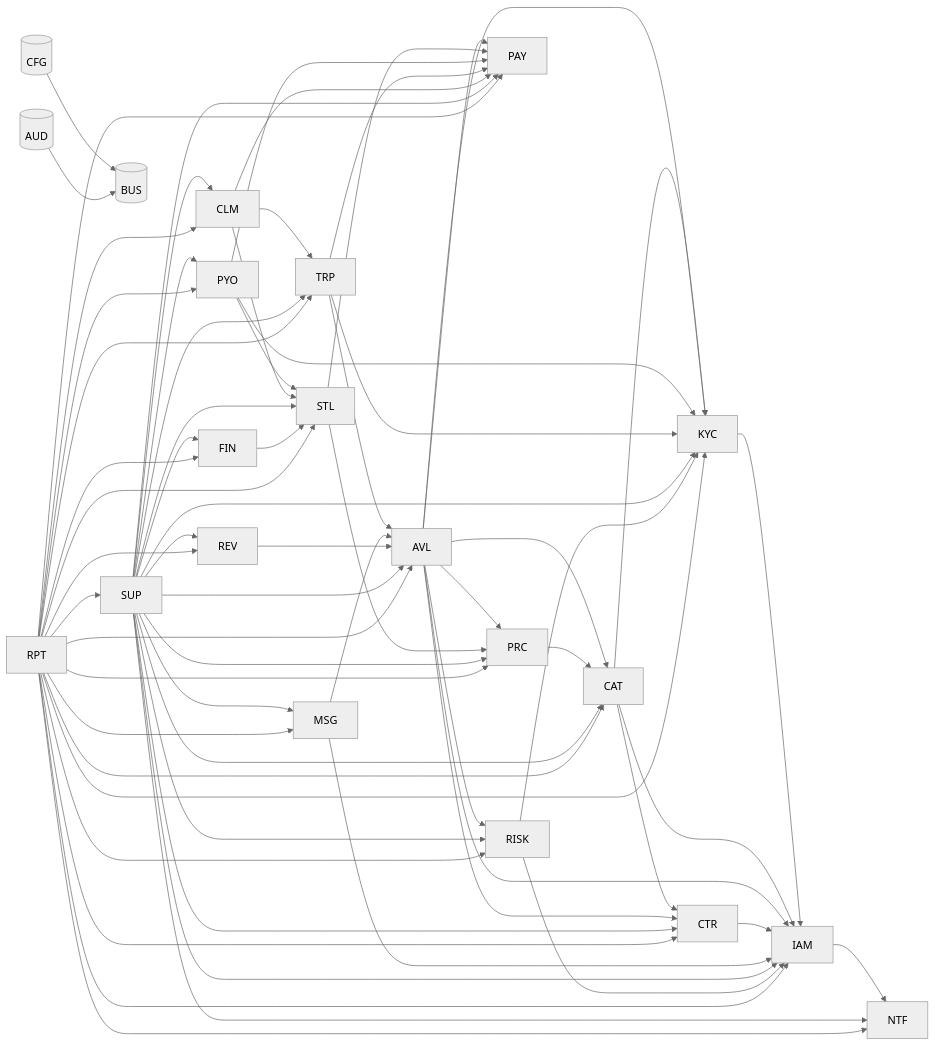
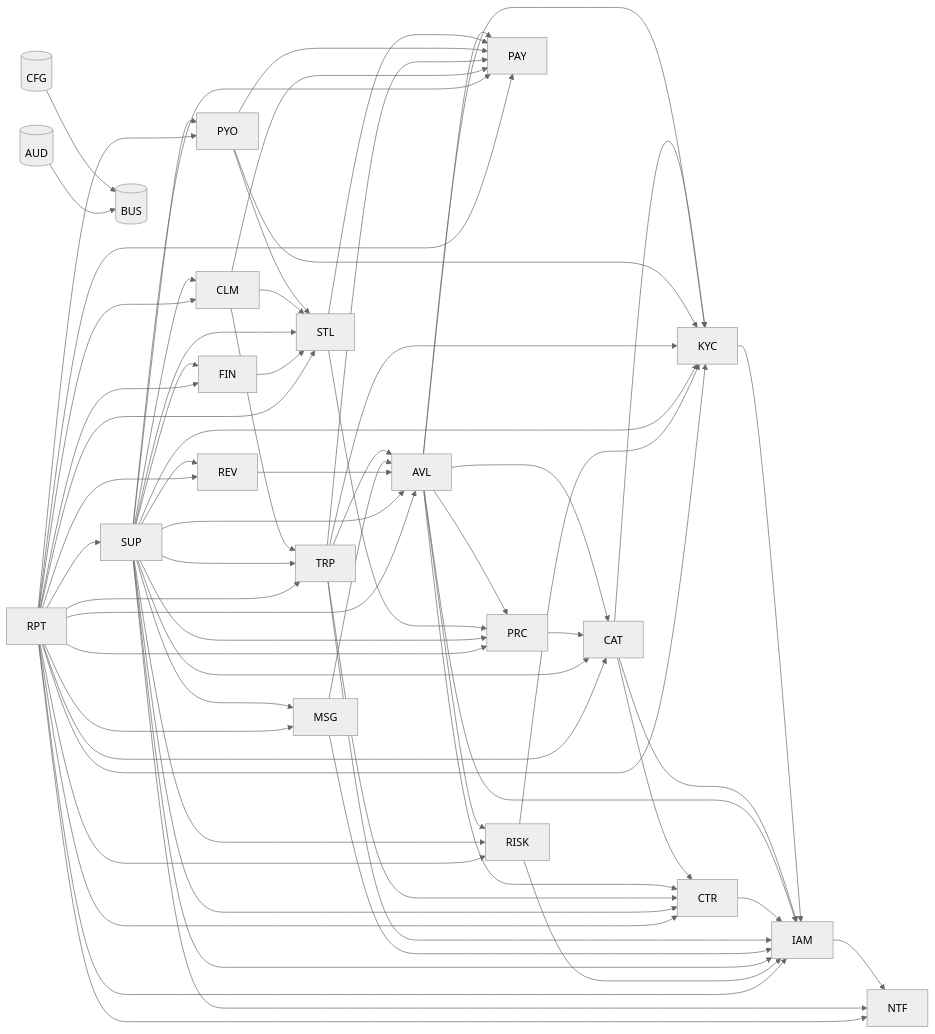
The first of 2 diagrams in docs/architecture/modules.md (Noamgitpty/rueda), drawn with Mermaid (neutral theme) before and after one commit. The commit also changed other lines of this file and 60 other files, not shown here.

```diff
--- a/docs/architecture/modules.md
+++ b/docs/architecture/modules.md
@@ -54,6 +54,8 @@
   TRP --> AVL
   TRP --> KYC
   TRP --> PAY
+  TRP --> IAM
+  TRP --> CTR
   CLM --> TRP
   CLM --> STL
   CLM --> PAY
```
